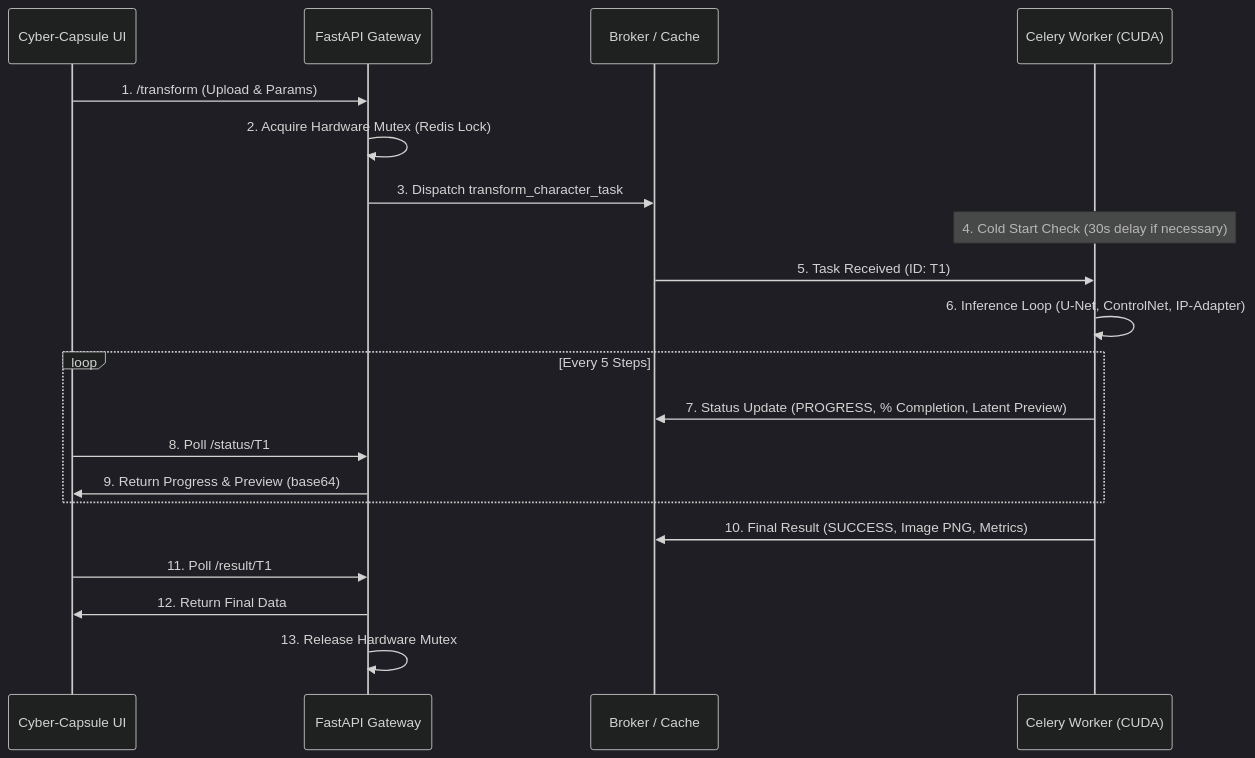
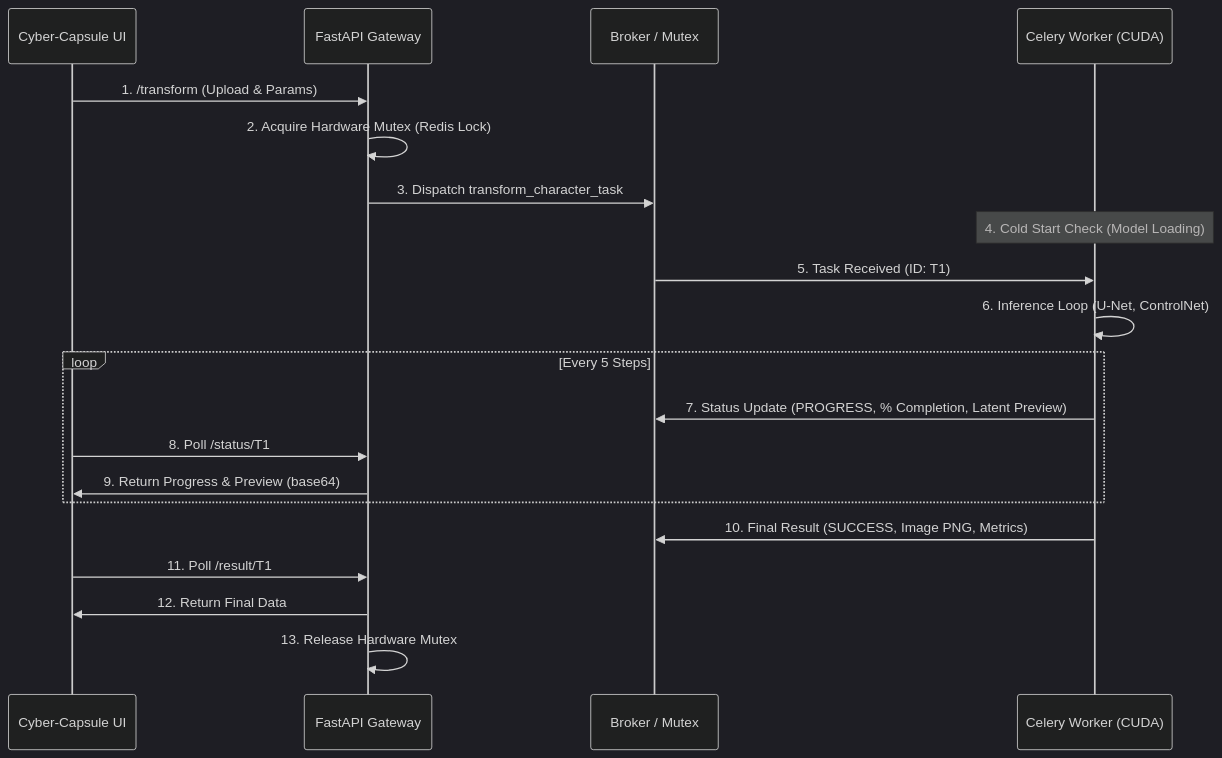
The second of 2 diagrams in README.md (enriquegonzalezgutierrez/z_realism_ai), drawn with Mermaid (dark theme) before and after one commit. The commit also changed other lines of this file, not shown here.

````diff
--- a/README.md
+++ b/README.md
@@ -63,23 +64,23 @@
 ```mermaid
 sequenceDiagram
     participant UI as Cyber-Capsule UI
     participant API as FastAPI Gateway
-    participant Redis as Broker / Cache
+    participant Redis as Broker / Mutex
     participant Worker as Celery Worker (CUDA)
     
     UI->>API: 1. /transform (Upload & Params)
     API->>API: 2. Acquire Hardware Mutex (Redis Lock)
     API->>Redis: 3. Dispatch transform_character_task
-    Note over Worker: 4. Cold Start Check (30s delay if necessary)
+    Note over Worker: 4. Cold Start Check (Model Loading)
     Redis->>Worker: 5. Task Received (ID: T1)
-    Worker->>Worker: 6. Inference Loop (U-Net, ControlNet, IP-Adapter)
+    Worker->>Worker: 6. Inference Loop (U-Net, ControlNet)
     loop Every 5 Steps
         Worker->>Redis: 7. Status Update (PROGRESS, % Completion, Latent Preview)
         UI->>API: 8. Poll /status/T1
         API->>UI: 9. Return Progress & Preview (base64)
     end
     Worker->>Redis: 10. Final Result (SUCCESS, Image PNG, Metrics)
     UI->>API: 11. Poll /result/T1
     API->>UI: 12. Return Final Data
     API->>API: 13. Release Hardware Mutex
 ```
````
